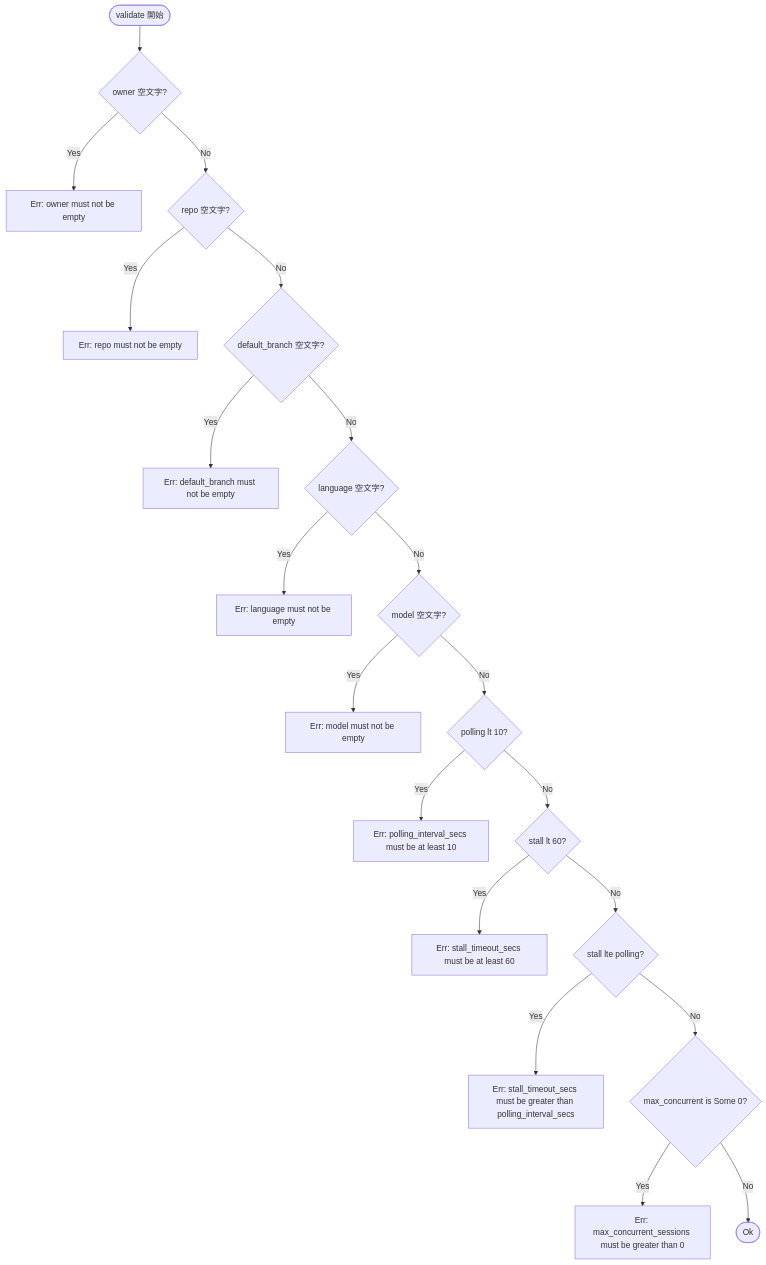
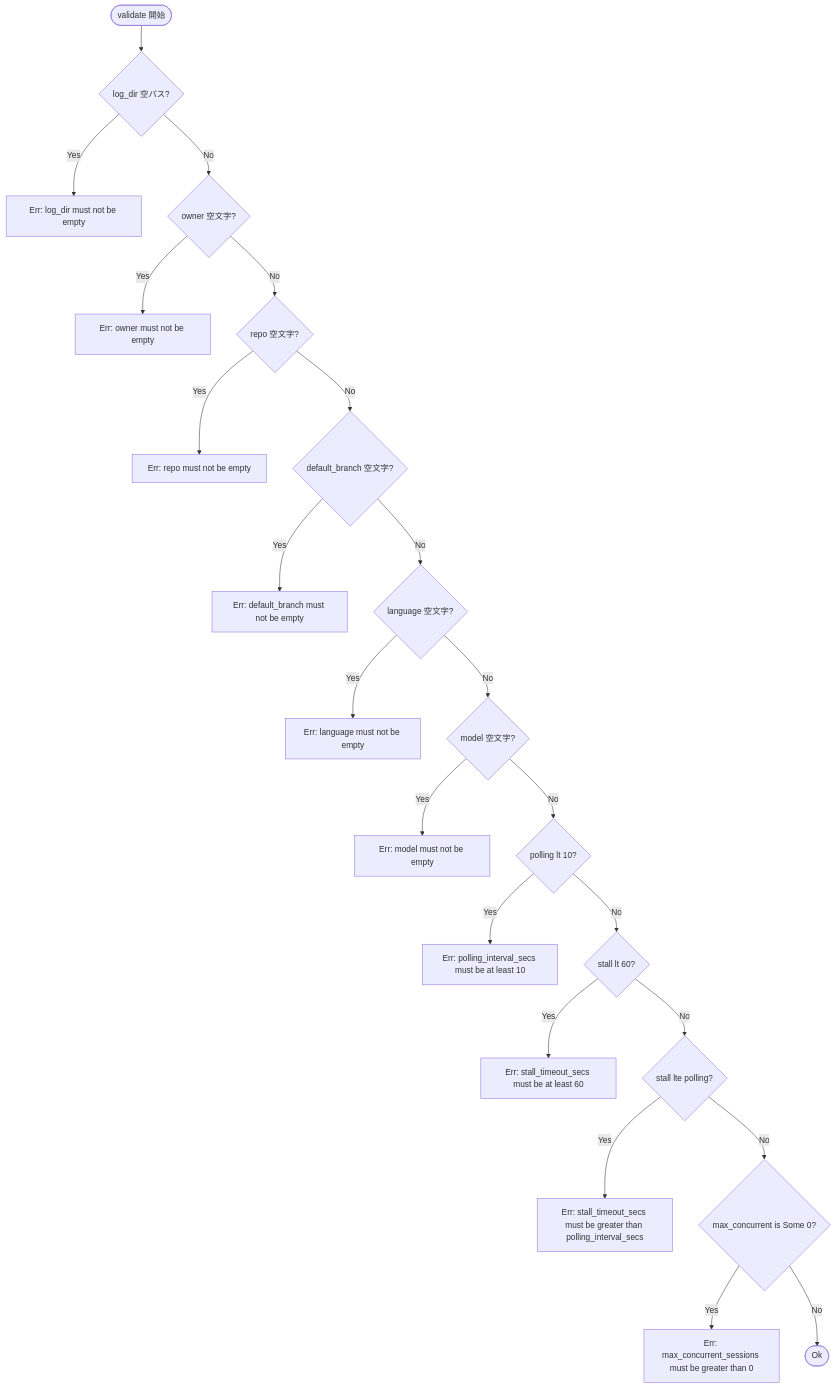
Before and after one commit to kyuki3rain/cupola: the second of 2 diagrams in .cupola/specs/config-validation/design.md, drawn with Mermaid. The commit also changed other lines of this file and 6 other files, not shown here.

````diff
--- a/.cupola/specs/config-validation/design.md
+++ b/.cupola/specs/config-validation/design.md
@@ -55,22 +57,24 @@
 ```mermaid
 graph TD
-    Start([validate 開始]) --> C1{owner 空文字?}
+    Start([validate 開始]) --> C0{log_dir 空パス?}
+    C0 -->|Yes| E0[Err: log_dir must not be empty]
+    C0 -->|No| C1{owner 空文字?}
     C1 -->|Yes| E1[Err: owner must not be empty]
     C1 -->|No| C2{repo 空文字?}
     C2 -->|Yes| E2[Err: repo must not be empty]
     C2 -->|No| C3{default_branch 空文字?}
     C3 -->|Yes| E3[Err: default_branch must not be empty]
     C3 -->|No| C4{language 空文字?}
     C4 -->|Yes| E4[Err: language must not be empty]
     C4 -->|No| C5{model 空文字?}
     C5 -->|Yes| E5[Err: model must not be empty]
     C5 -->|No| C6{polling lt 10?}
     C6 -->|Yes| E6[Err: polling_interval_secs must be at least 10]
     C6 -->|No| C7{stall lt 60?}
     C7 -->|Yes| E7[Err: stall_timeout_secs must be at least 60]
     C7 -->|No| C8{stall lte polling?}
     C8 -->|Yes| E8[Err: stall_timeout_secs must be greater than polling_interval_secs]
     C8 -->|No| C9{max_concurrent is Some 0?}
     C9 -->|Yes| E9[Err: max_concurrent_sessions must be greater than 0]
     C9 -->|No| OK([Ok])
 ```
````
